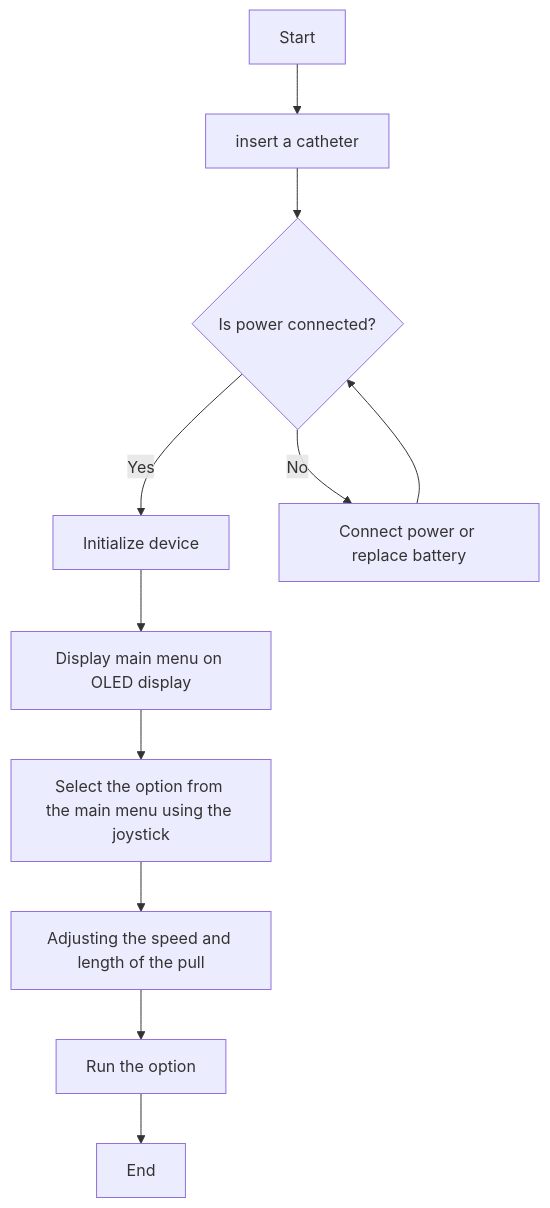
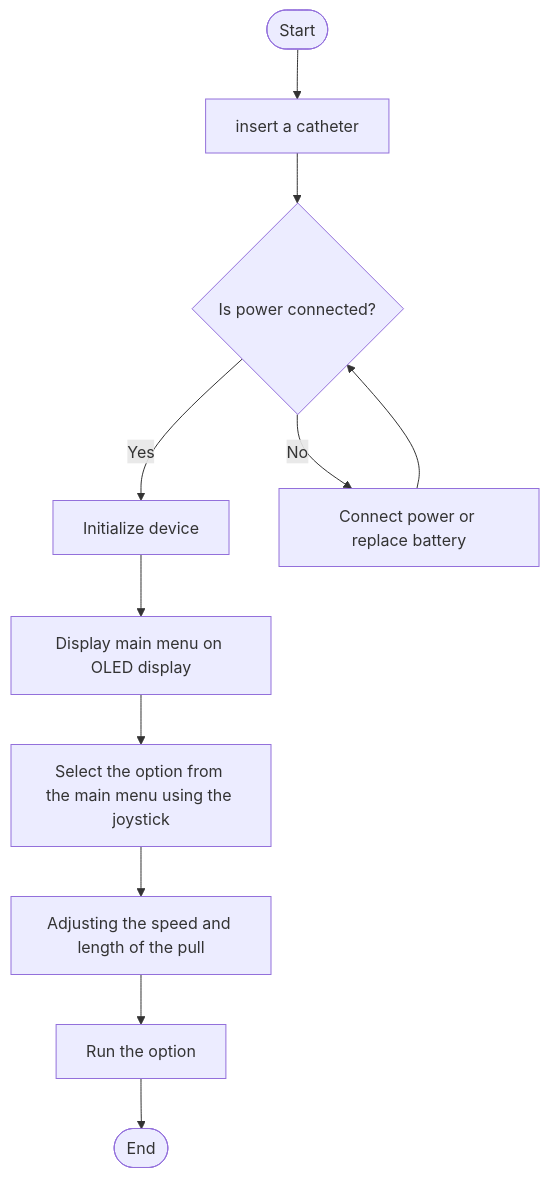
One commit to izzadwi/Pullback-Device-System-Design changed the diagram in Flowchart_System.md. Above: the diagram before and after it, drawn with Mermaid.

````diff
--- a/Flowchart_System.md
+++ b/Flowchart_System.md
@@ -1,7 +1,7 @@
 ```mermaid
 flowchart TD;
- A[Start] --> B[insert a catheter] --> C{Is power connected?}
+ A([Start]) --> B[insert a catheter] --> C{Is power connected?}
  C -- Yes --> D[Initialize device] --> E[Display main menu on OLED display]
  C -- No --> F[Connect power or replace battery] --> C
- E --> G[Select the option from the main menu using the joystick] --> H[Adjusting the speed and length of the pull] --> I[Run the option] --> J[End]
+ E --> G[Select the option from the main menu using the joystick] --> H[Adjusting the speed and length of the pull] --> I[Run the option] --> J([End])
 ```
````
